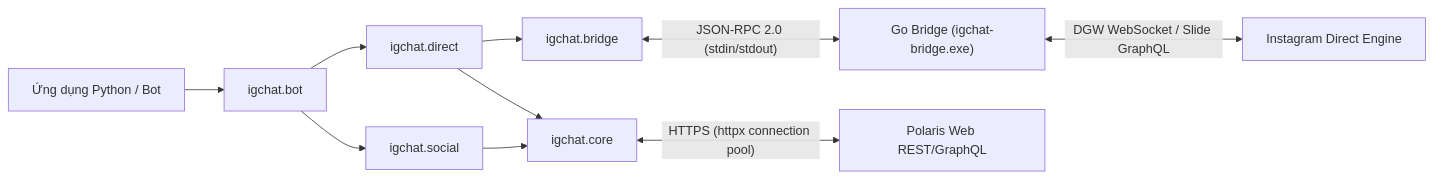
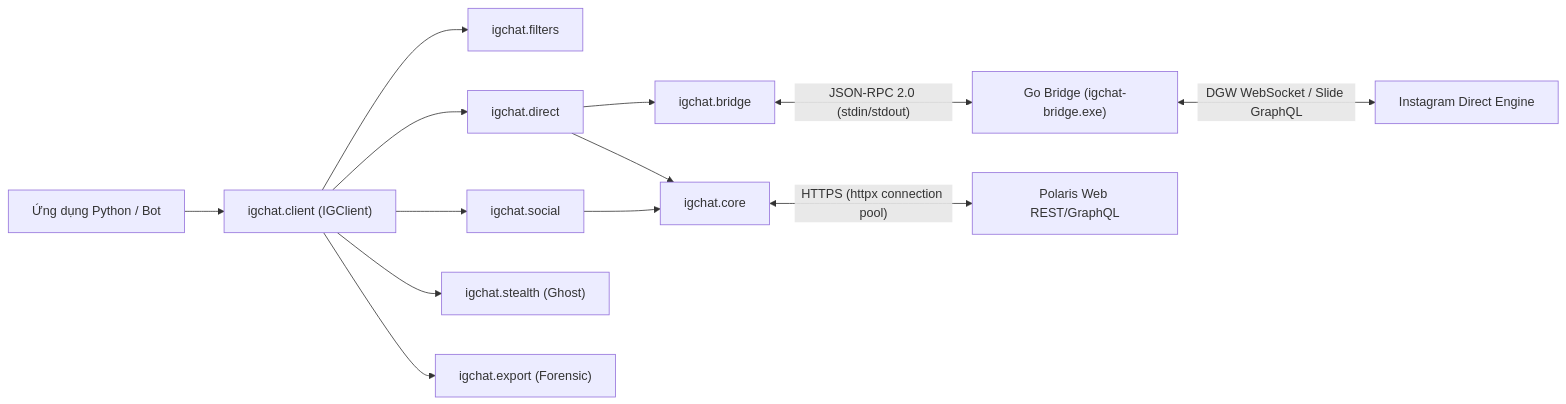
Before and after one commit to 0xshijn/igchat-v2: the diagram in README.md, drawn with Mermaid. The commit also changed other lines of this file and 1 other file, not shown here.

Commit message:
docs: synchronize README and README_EN for v3.1.0 release with PyPI badges and Ghost mode

````diff
--- a/README.md
+++ b/README.md
@@ -75,14 +92,17 @@
 ```mermaid
 flowchart LR
-    App["Ứng dụng Python / Bot"] --> BotMod["igchat.bot"]
-    BotMod --> DirectMod["igchat.direct"]
-    BotMod --> SocialMod["igchat.social"]
+    App["Ứng dụng Python / Bot"] --> ClientMod["igchat.client (IGClient)"]
+    ClientMod --> FilterMod["igchat.filters"]
+    ClientMod --> DirectMod["igchat.direct"]
+    ClientMod --> SocialMod["igchat.social"]
+    ClientMod --> StealthMod["igchat.stealth (Ghost)"]
+    ClientMod --> ExportMod["igchat.export (Forensic)"]
 
     DirectMod --> BridgeMod["igchat.bridge"]
     DirectMod --> CoreMod["igchat.core"]
     SocialMod --> CoreMod
     
     BridgeMod <-->|"JSON-RPC 2.0 (stdin/stdout)"| BridgeGo["Go Bridge (igchat-bridge.exe)"]
     BridgeGo <-->|"DGW WebSocket / Slide GraphQL"| IGDirect["Instagram Direct Engine"]
     CoreMod <-->|"HTTPS (httpx connection pool)"| IGRest["Polaris Web REST/GraphQL"]
 ```
````
